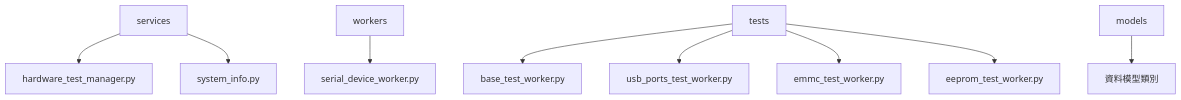
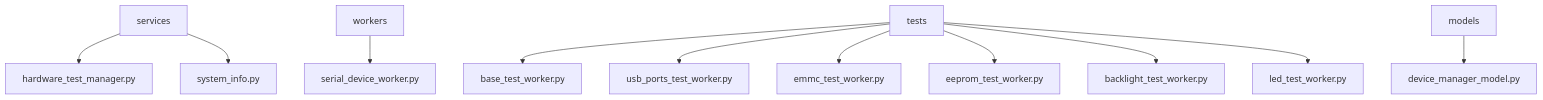
The third of 9 diagrams in orion_developer_document.md (MingYuan-Chen/orion_v2), drawn with Mermaid before and after one commit. The commit also changed other lines of this file, not shown here.

````diff
--- a/orion_developer_document.md
+++ b/orion_developer_document.md
@@ -126,16 +136,18 @@
 ```mermaid
 graph TD
     A[services]
     B[workers]
     C[tests]
     D[models]
     
     A --> A1[hardware_test_manager.py]
     A --> A2[system_info.py]
     B --> B1[serial_device_worker.py]
     C --> C1[base_test_worker.py]
     C --> C2[usb_ports_test_worker.py]
     C --> C3[emmc_test_worker.py]
     C --> C4[eeprom_test_worker.py]
-    D --> D1[資料模型類別]
+    C --> C5[backlight_test_worker.py]
+    C --> C6[led_test_worker.py]
+    D --> D1[device_manager_model.py]
 ```
````
